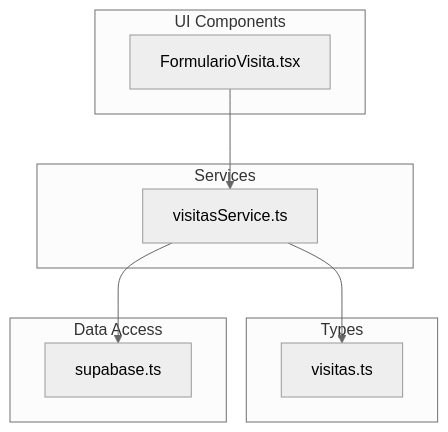
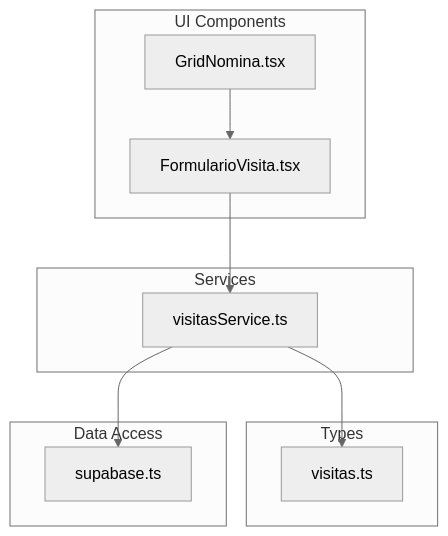
Before and after one commit to AgusCatra/simu-twin-web: the first of 4 diagrams in .qoder/repowiki/en/content/Core Services & Business Logic/Visit Management Service.md, drawn with Mermaid (neutral theme). The commit also changed other lines of this file and 6 other files, not shown here.

````diff
--- a/.qoder/repowiki/en/content/Core Services & Business Logic/Visit Management Service.md
+++ b/.qoder/repowiki/en/content/Core Services & Business Logic/Visit Management Service.md
@@ -47,18 +48,20 @@
 ```mermaid
 graph TB
 subgraph "Services"
 S["visitasService.ts"]
 end
 subgraph "Types"
 T["visitas.ts"]
 end
 subgraph "Data Access"
 D["supabase.ts"]
 end
 subgraph "UI Components"
 U["FormularioVisita.tsx"]
+G["GridNomina.tsx"]
 end
 S --> T
 S --> D
 U --> S
+G --> U
 ```
````
